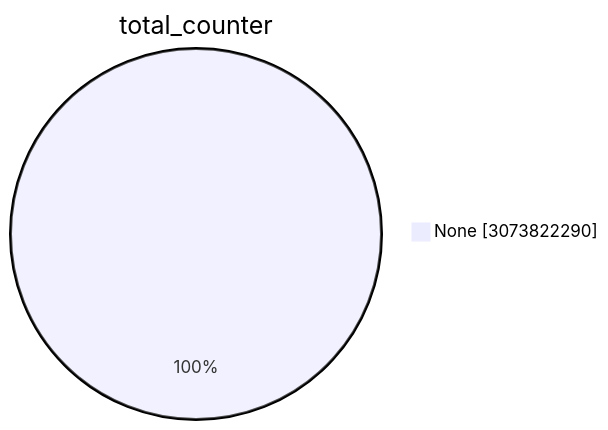
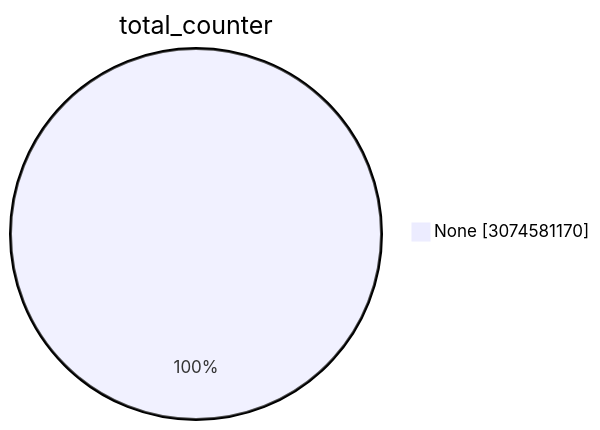
The first of 15 diagrams in TOTAL/README.md (christiankrug/ctmonitor_visualization), drawn with Mermaid before and after one commit. The commit also changed other lines of this file, not shown here.

````diff
--- a/TOTAL/README.md
+++ b/TOTAL/README.md
@@ -1,5 +1,5 @@
 ```mermaid
 pie showData
 title total_counter
-"None" :3073822290
+"None" :3074581170
 ```
````
